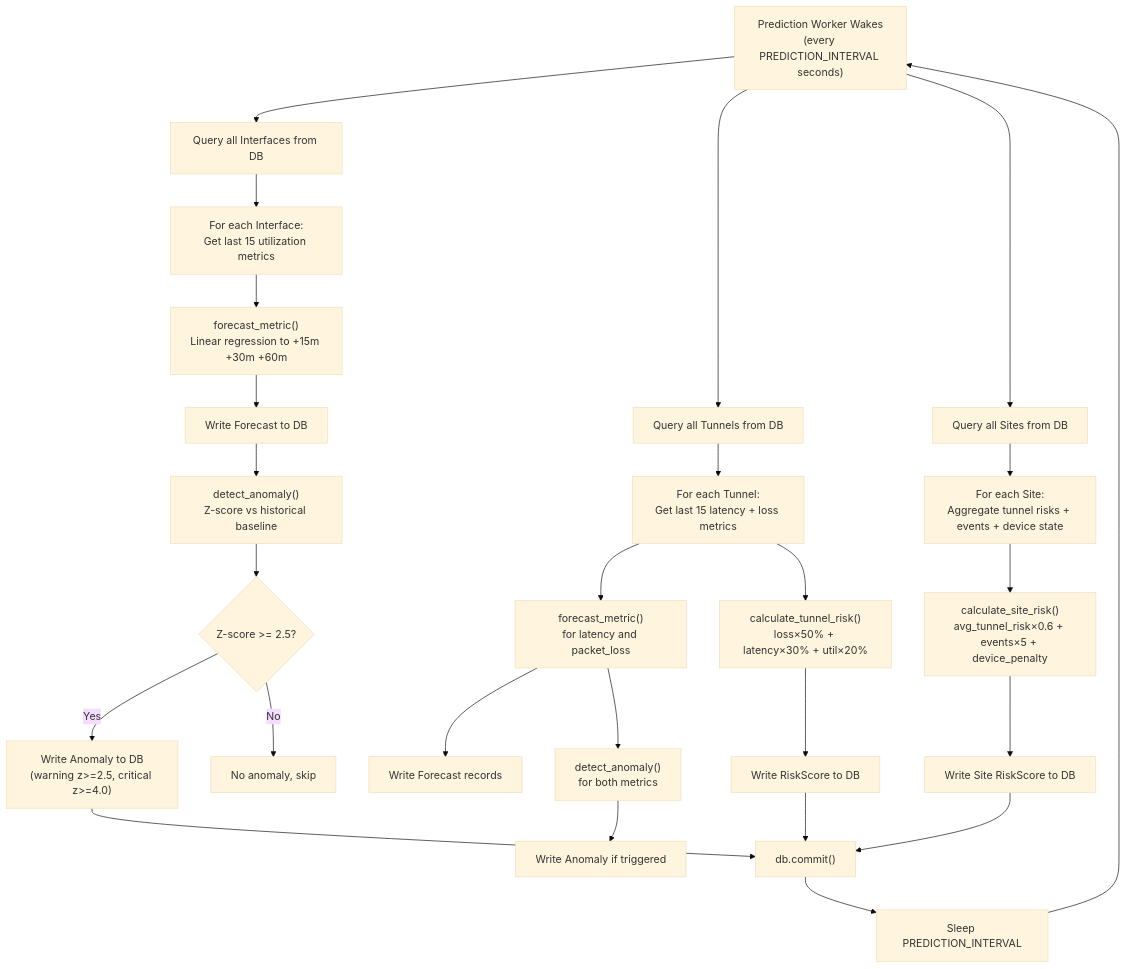
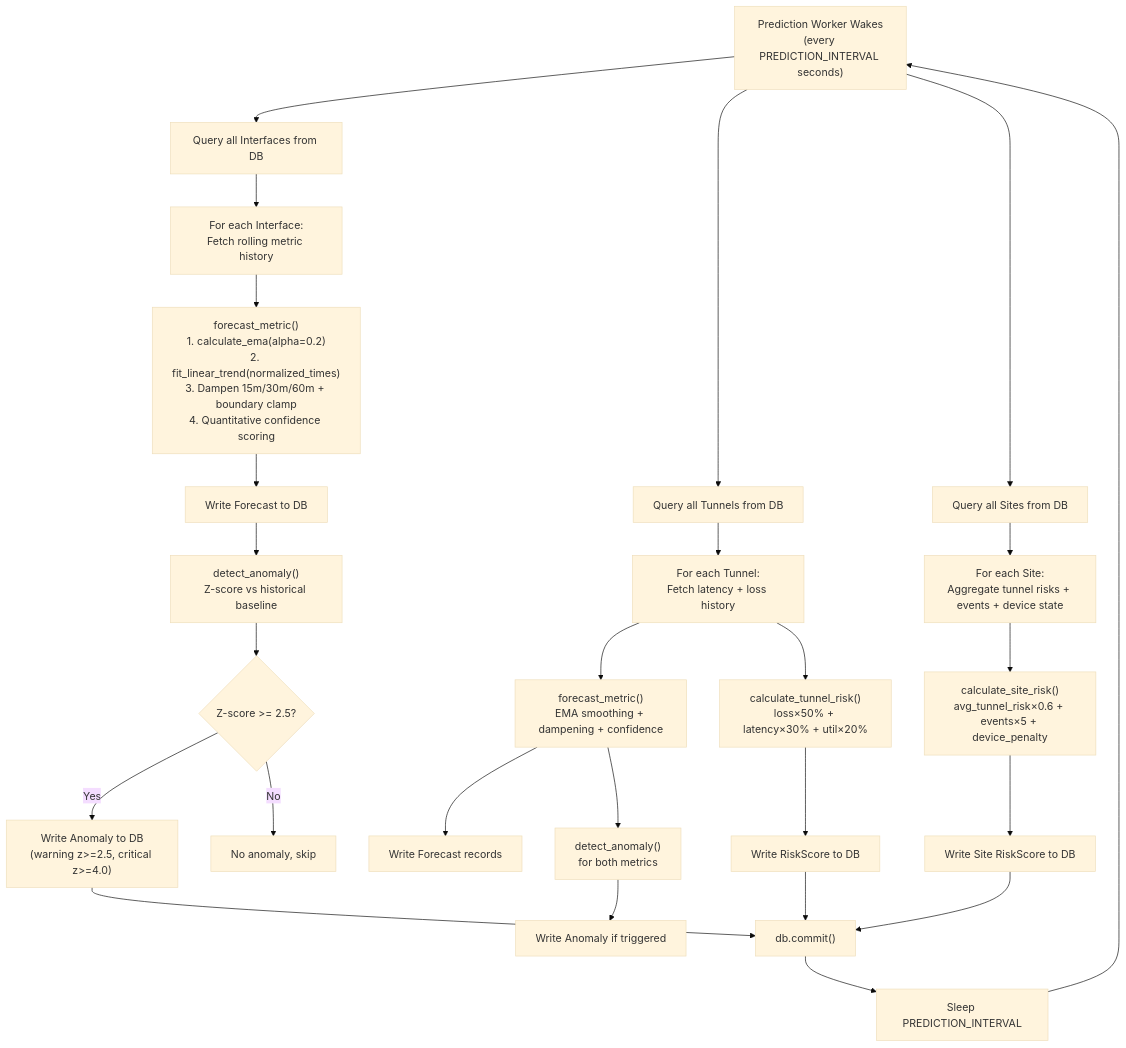
One commit to ayushkumar2601/Plutopus changed the second of 12 diagrams in documentation.md. Above: the diagram before and after it, drawn with Mermaid (base theme). The commit also changed other lines of this file, not shown here.

Commit message:
docs(architecture): update prediction pipeline mermaid diagram and end-to-end data lifecycle

````diff
--- a/documentation.md
+++ b/documentation.md
@@ -610,28 +610,28 @@
 ```mermaid
 flowchart TD
     A["Prediction Worker Wakes\n(every PREDICTION_INTERVAL seconds)"] --> B["Query all Interfaces from DB"]
-    B --> C["For each Interface:\nGet last 15 utilization metrics"]
-    C --> D["forecast_metric()\nLinear regression to +15m +30m +60m"]
+    B --> C["For each Interface:\nFetch rolling metric history"]
+    C --> D["forecast_metric()\n1. calculate_ema(alpha=0.2)\n2. fit_linear_trend(normalized_times)\n3. Dampen 15m/30m/60m + boundary clamp\n4. Quantitative confidence scoring"]
     D --> E["Write Forecast to DB"]
     E --> F["detect_anomaly()\nZ-score vs historical baseline"]
     F --> G{"Z-score >= 2.5?"}
     G -->|"Yes"| H["Write Anomaly to DB\n(warning z>=2.5, critical z>=4.0)"]
     G -->|"No"| I["No anomaly, skip"]
     A --> J["Query all Tunnels from DB"]
-    J --> K["For each Tunnel:\nGet last 15 latency + loss metrics"]
-    K --> L["forecast_metric()\nfor latency and packet_loss"]
+    J --> K["For each Tunnel:\nFetch latency + loss history"]
+    K --> L["forecast_metric()\nEMA smoothing + dampening + confidence"]
     L --> M["Write Forecast records"]
     L --> N["detect_anomaly()\nfor both metrics"]
     N --> O["Write Anomaly if triggered"]
     K --> P["calculate_tunnel_risk()\nloss×50% + latency×30% + util×20%"]
     P --> Q["Write RiskScore to DB"]
     A --> R["Query all Sites from DB"]
     R --> S["For each Site:\nAggregate tunnel risks + events + device state"]
     S --> T["calculate_site_risk()\navg_tunnel_risk×0.6 + events×5 + device_penalty"]
     T --> U["Write Site RiskScore to DB"]
     H --> V["db.commit()"]
     Q --> V
     U --> V
     V --> W["Sleep PREDICTION_INTERVAL"]
     W --> A
 ```
````
